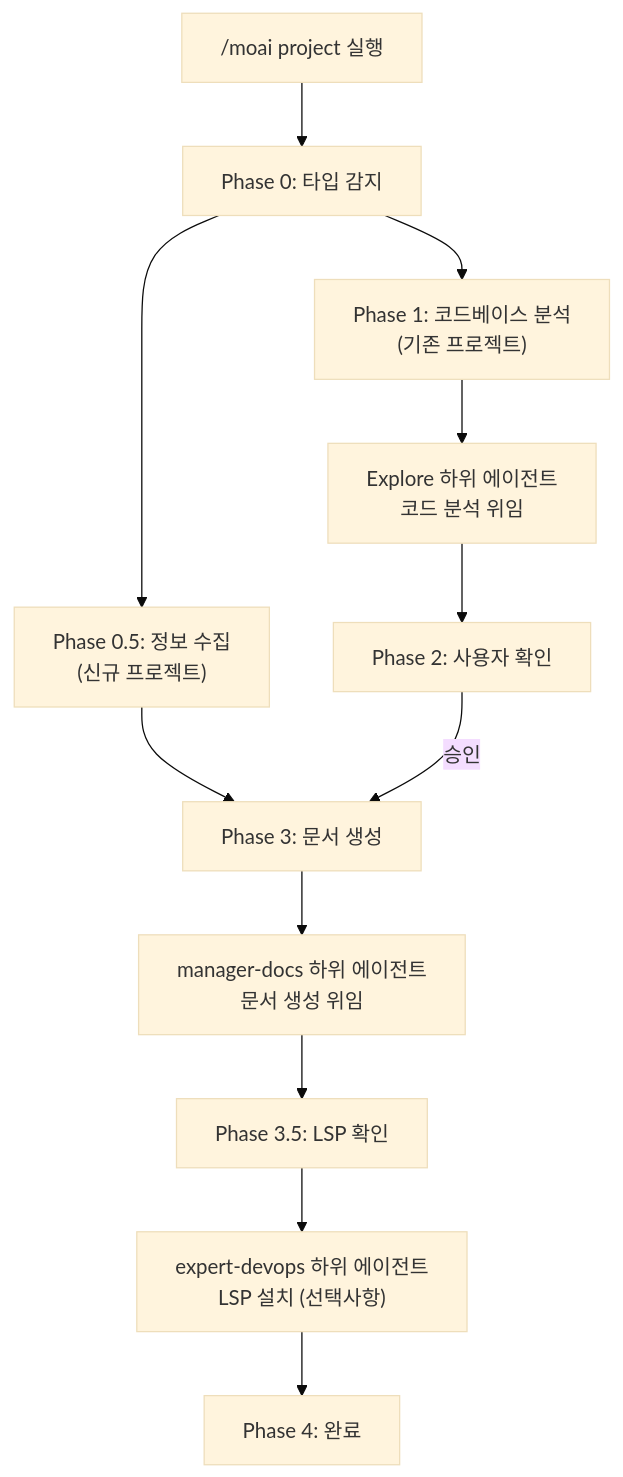
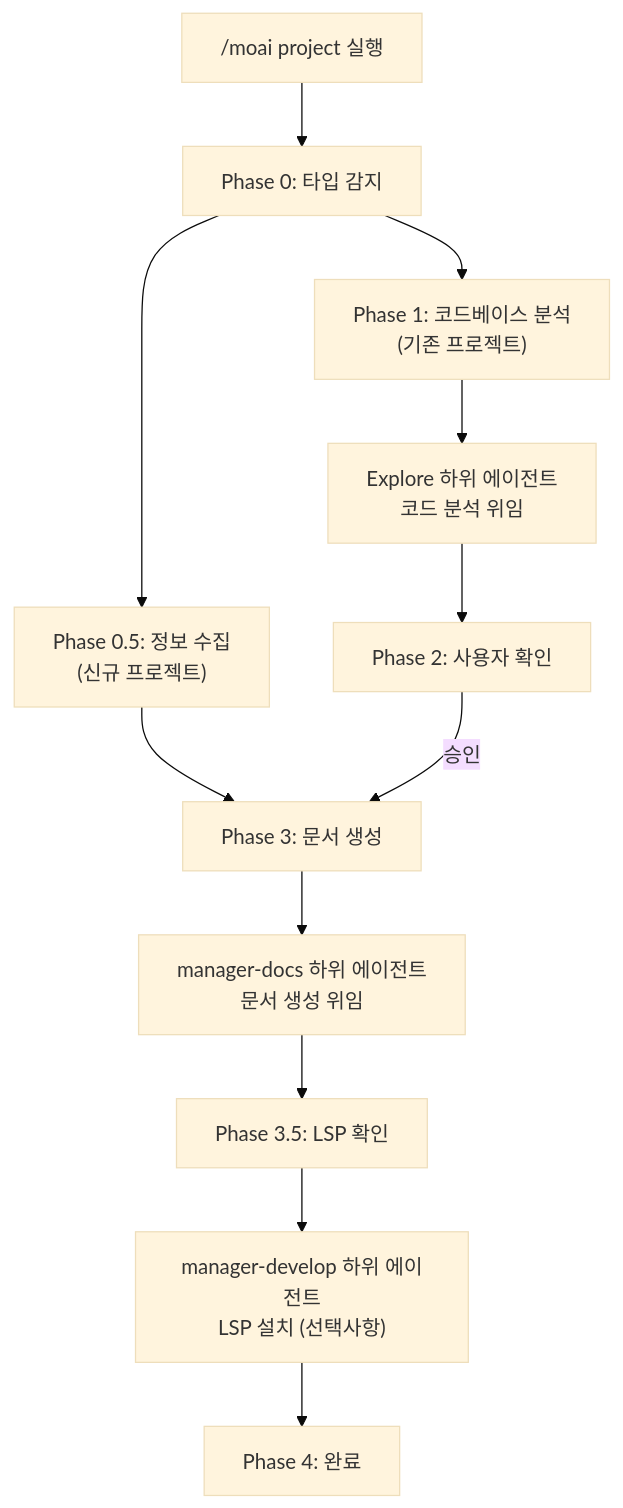
Before and after one commit to modu-ai/moai-adk: the second of 2 diagrams in docs-site/content/ko/workflow-commands/moai-project.md, drawn with Mermaid (base theme). The commit also changed other lines of this file and 153 other files, not shown here.

````diff
--- a/docs-site/content/ko/workflow-commands/moai-project.md
+++ b/docs-site/content/ko/workflow-commands/moai-project.md
@@ -508,18 +508,18 @@
 ```mermaid
 flowchart TD
     Start["/moai project 실행"] --> Phase0["Phase 0: 타입 감지"]
     Phase0 --> Phase05["Phase 0.5: 정보 수집<br/>(신규 프로젝트)"]
     Phase0 --> Phase1["Phase 1: 코드베이스 분석<br/>(기존 프로젝트)"]
 
     Phase1 --> Explore["Explore 하위 에이전트<br/>코드 분석 위임"]
     Explore --> Phase2["Phase 2: 사용자 확인"]
 
     Phase05 --> Phase3["Phase 3: 문서 생성"]
     Phase2 -->|승인| Phase3
 
     Phase3 --> Docs["manager-docs 하위 에이전트<br/>문서 생성 위임"]
     Docs --> Phase35["Phase 3.5: LSP 확인"]
 
-    Phase35 --> DevOps["expert-devops 하위 에이전트<br/>LSP 설치 (선택사항)"]
+    Phase35 --> DevOps["manager-develop 하위 에이전트<br/>LSP 설치 (선택사항)"]
     DevOps --> Phase4["Phase 4: 완료"]
 ```
````
